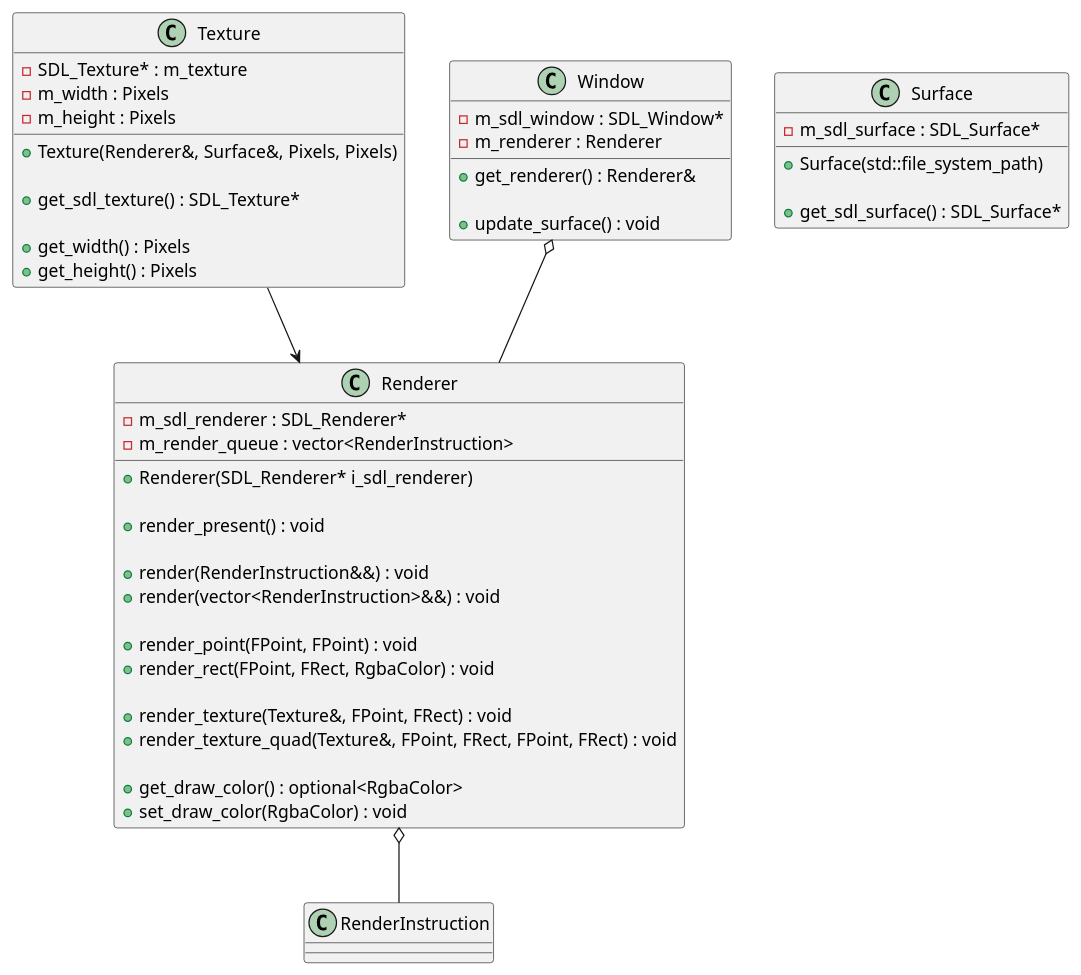
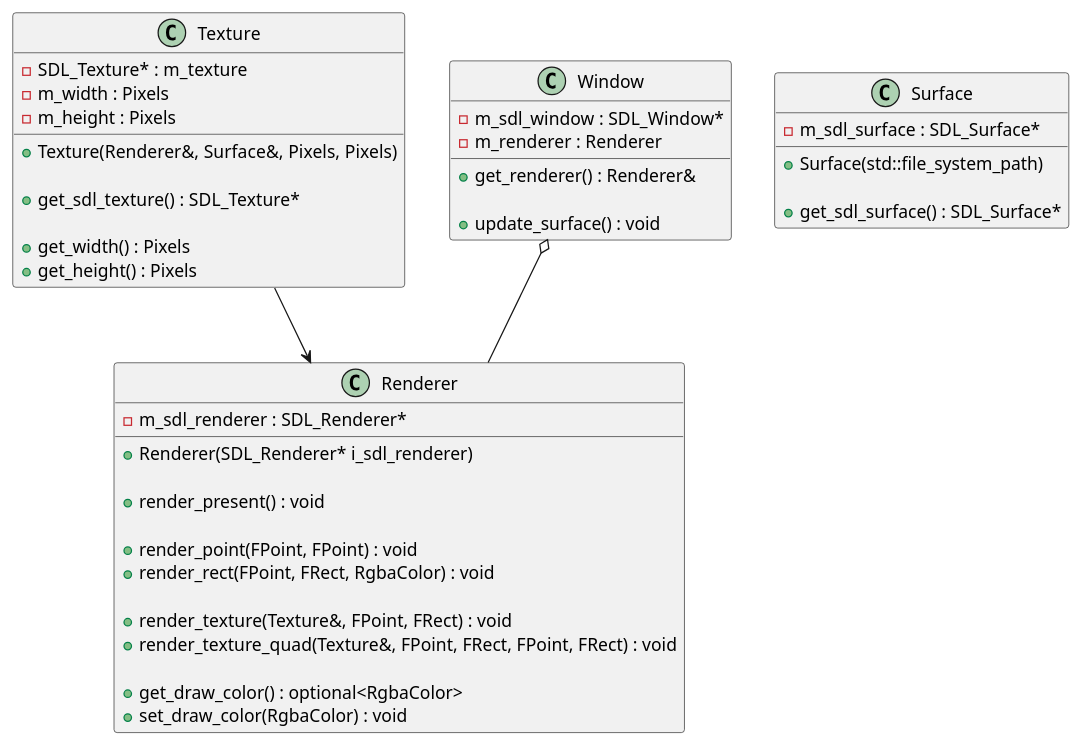
The diagram in doc/GraphicsClassDiagram.plantuml (lukesoldano/BadDog), drawn with PlantUML before and after one commit. The commit also changed 35 other files, not shown here.

```diff
--- a/doc/GraphicsClassDiagram.plantuml
+++ b/doc/GraphicsClassDiagram.plantuml
@@ -1,65 +1,59 @@
 @startuml
 
 
 class Texture
 {
    - SDL_Texture* : m_texture
    - m_width : Pixels
    - m_height : Pixels
 
    + Texture(Renderer&, Surface&, Pixels, Pixels)
 
    + get_sdl_texture() : SDL_Texture*
 
    + get_width() : Pixels
    + get_height() : Pixels
 }
 
 class Surface
 {
    - m_sdl_surface : SDL_Surface*
 
    + Surface(std::file_system_path)
 
    + get_sdl_surface() : SDL_Surface*
 }
 
 class Renderer
 {
    - m_sdl_renderer : SDL_Renderer*
-   - m_render_queue : vector<RenderInstruction>
 
    + Renderer(SDL_Renderer* i_sdl_renderer)
 
    + render_present() : void
-
-   + render(RenderInstruction&&) : void
-   + render(vector<RenderInstruction>&&) : void
 
    + render_point(FPoint, FPoint) : void
    + render_rect(FPoint, FRect, RgbaColor) : void
    
    + render_texture(Texture&, FPoint, FRect) : void
    + render_texture_quad(Texture&, FPoint, FRect, FPoint, FRect) : void
 
    + get_draw_color() : optional<RgbaColor>
    + set_draw_color(RgbaColor) : void
 }
 
 class Window
 {
    - m_sdl_window : SDL_Window*
    - m_renderer : Renderer
 
    + get_renderer() : Renderer&
 
    + update_surface() : void
 }
 
 Texture --> Renderer
 
-Renderer o-- RenderInstruction
-
 Window o-- Renderer
 
 @enduml
```
